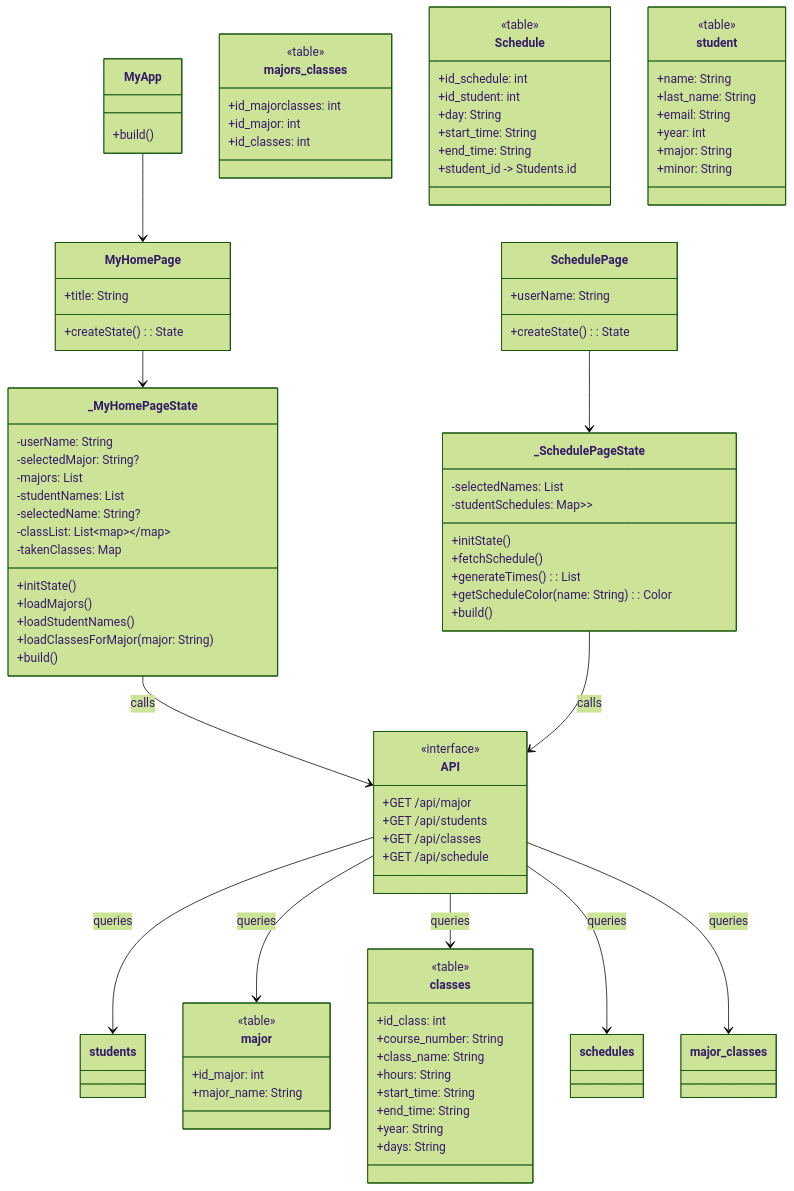
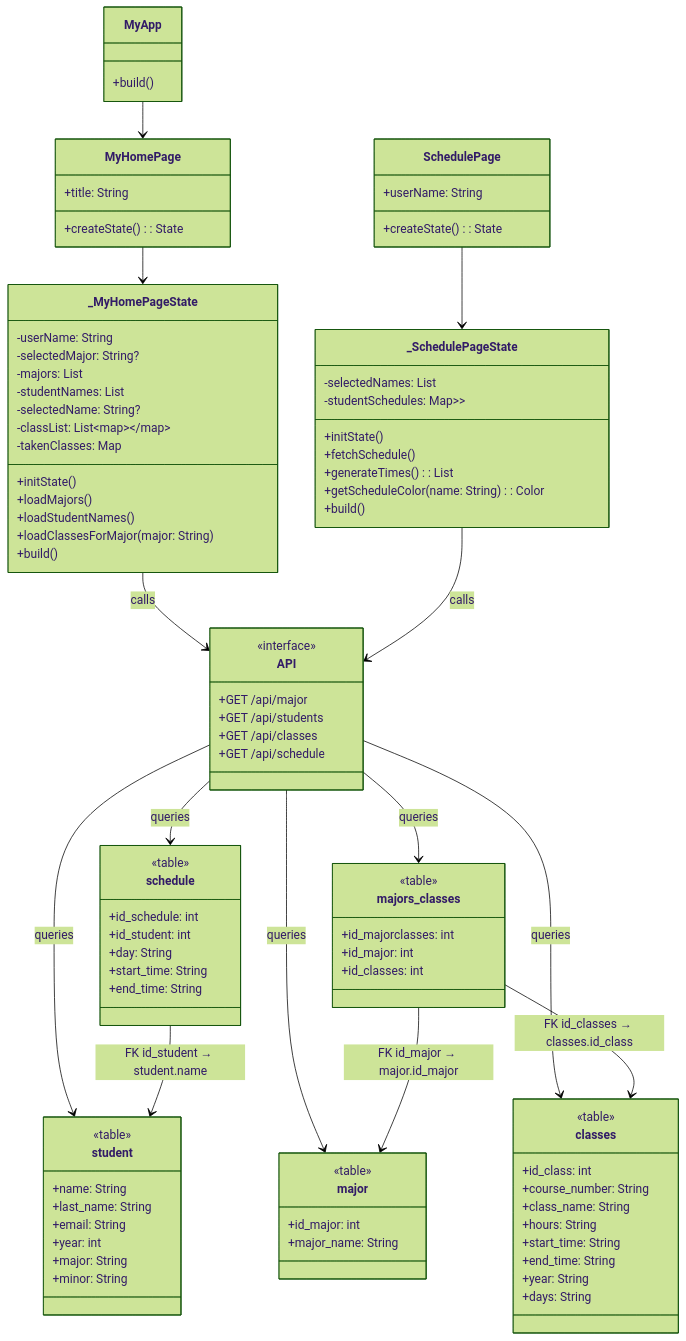
One commit to Isahepi/SchedulingClasses changed the diagram in README1.md. Above: the diagram before and after it, drawn with Mermaid (forest theme).

Commit message:
Update README1.md
10th

````diff
--- a/README1.md
+++ b/README1.md
@@ -59,7 +59,7 @@
         +GET /api/schedule
     }
 
-   %% Database Tables
+    %% Database Tables
     class classes {
         <<table>>
         +id_class: int
@@ -85,15 +85,15 @@
         +major_name: String
     }
 
-    class Schedule {
+    class schedule {
         <<table>>
         +id_schedule: int
         +id_student: int
         +day: String
         +start_time: String
         +end_time: String
-        
     }
+
     class student {
         <<table>>
         +name: String
@@ -108,14 +108,21 @@
     MyApp --> MyHomePage
     MyHomePage --> _MyHomePageState
     SchedulePage --> _SchedulePageState
-    Schedule : +student_id -> Students.id
 
     _MyHomePageState --> API : calls
     _SchedulePageState --> API : calls
-    API --> students : queries
+
+    %% API to DB Queries
+    API --> student : queries
     API --> major : queries
     API --> classes : queries
-    API --> schedules : queries
-    API --> major_classes : queries
+    API --> schedule : queries
+    API --> majors_classes : queries
+
+    %% Database Relationships
+    schedule --> student : FK id_student → student.name
+    majors_classes --> major : FK id_major → major.id_major
+    majors_classes --> classes : FK id_classes → classes.id_class
+
 
 ```
````
